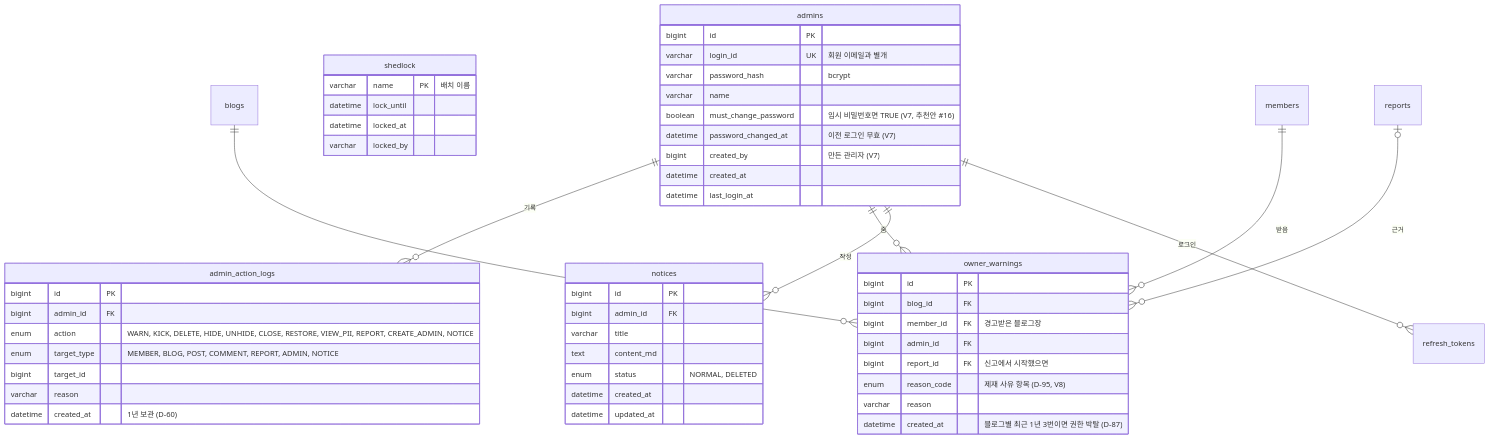
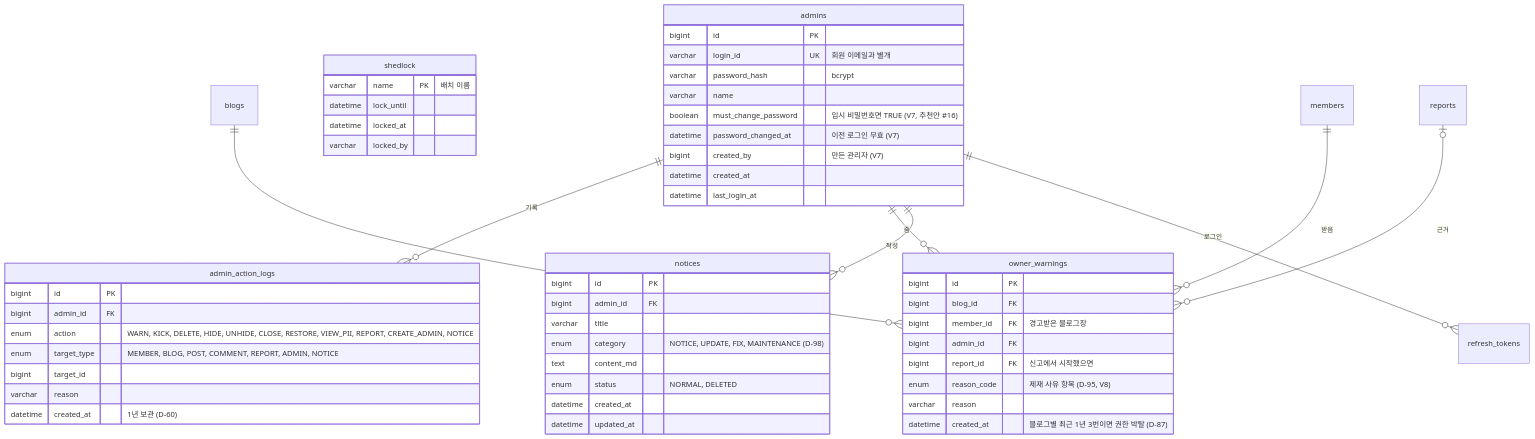
One commit to blogNM/blogproject changed the sixth of 6 diagrams in docs/04-design/ERD.md. Above: the diagram before and after it, drawn with Mermaid. The commit also changed other lines of this file and 35 other files, not shown here.

````diff
--- a/docs/04-design/ERD.md
+++ b/docs/04-design/ERD.md
@@ -452,56 +452,57 @@
 ```mermaid
 erDiagram
     admins {
         bigint id PK
         varchar login_id UK "회원 이메일과 별개"
         varchar password_hash "bcrypt"
         varchar name
         boolean must_change_password "임시 비밀번호면 TRUE (V7, 추천안 #16)"
         datetime password_changed_at "이전 로그인 무효 (V7)"
         bigint created_by "만든 관리자 (V7)"
         datetime created_at
         datetime last_login_at
     }
     admin_action_logs {
         bigint id PK
         bigint admin_id FK
         enum action "WARN, KICK, DELETE, HIDE, UNHIDE, CLOSE, RESTORE, VIEW_PII, REPORT, CREATE_ADMIN, NOTICE"
         enum target_type "MEMBER, BLOG, POST, COMMENT, REPORT, ADMIN, NOTICE"
         bigint target_id
         varchar reason
         datetime created_at "1년 보관 (D-60)"
     }
     owner_warnings {
         bigint id PK
         bigint blog_id FK
         bigint member_id FK "경고받은 블로그장"
         bigint admin_id FK
         bigint report_id FK "신고에서 시작했으면"
         enum reason_code "제재 사유 항목 (D-95, V8)"
         varchar reason
         datetime created_at "블로그별 최근 1년 3번이면 권한 박탈 (D-87)"
     }
     notices {
         bigint id PK
         bigint admin_id FK
         varchar title
+        enum category "NOTICE, UPDATE, FIX, MAINTENANCE (D-98)"
         text content_md
         enum status "NORMAL, DELETED"
         datetime created_at
         datetime updated_at
     }
     shedlock {
         varchar name PK "배치 이름"
         datetime lock_until
         datetime locked_at
         varchar locked_by
     }
 
     admins ||--o{ admin_action_logs : "기록"
     admins ||--o{ owner_warnings : "줌"
     blogs ||--o{ owner_warnings : ""
     members ||--o{ owner_warnings : "받음"
     reports |o--o{ owner_warnings : "근거"
     admins ||--o{ notices : "작성"
     admins ||--o{ refresh_tokens : "로그인"
 ```
````
